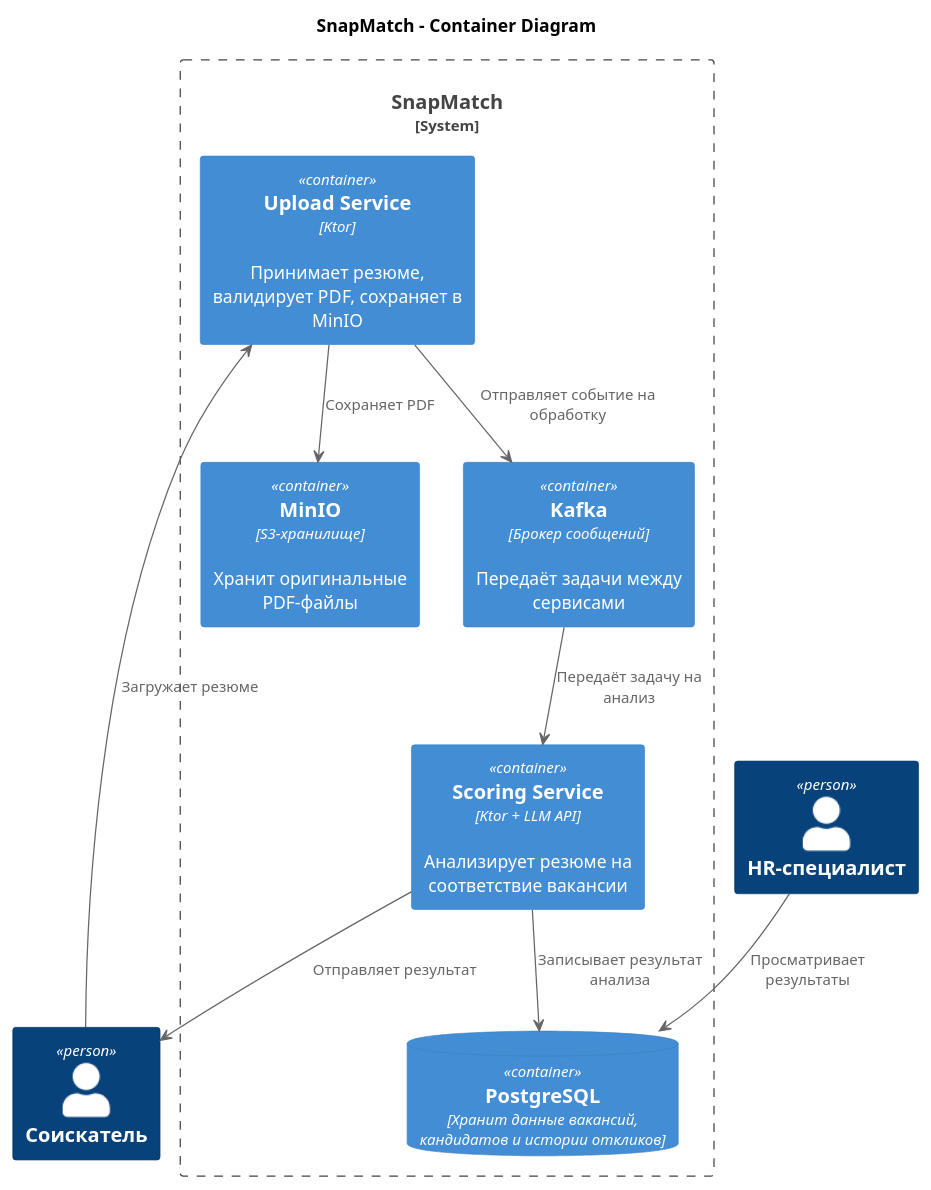
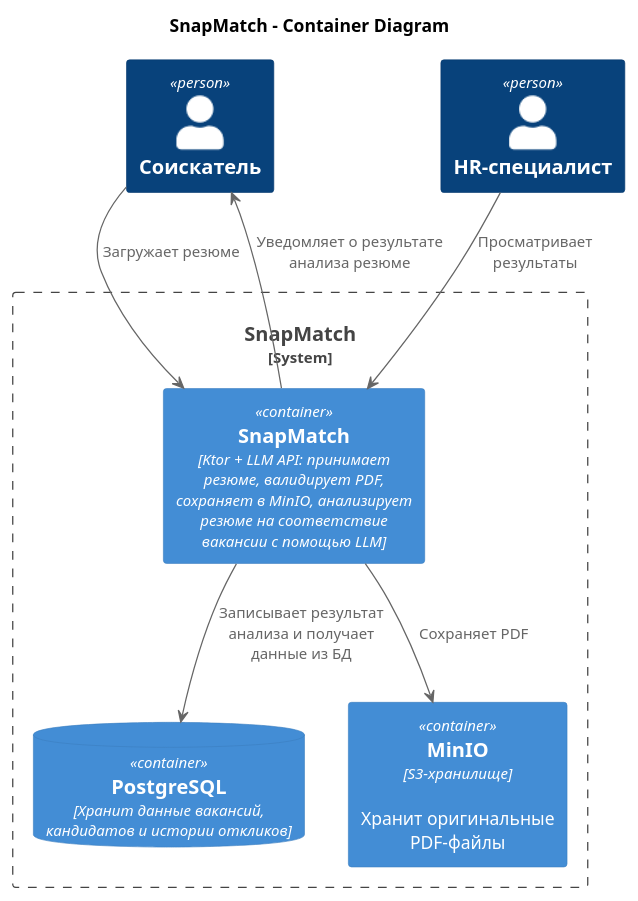
Before and after one commit to Mikhail-Z/otus-kotlin-05.25: the diagram in docs/03-architecture/arch-c4-container.puml, drawn with PlantUML. The commit also changed 61 other files, not shown here.

```diff
--- a/docs/03-architecture/arch-c4-container.puml
+++ b/docs/03-architecture/arch-c4-container.puml
@@ -1,25 +1,21 @@
 @startuml
 !include https://raw.githubusercontent.com/plantuml-stdlib/C4-PlantUML/master/C4_Container.puml
 
 title SnapMatch - Container Diagram
 
 Person(candidate, "Соискатель")
 Person(hr, "HR-специалист")
 
-System_Boundary(snapmatch, "SnapMatch") {
-    Container(upload, "Upload Service", "Ktor", "Принимает резюме, валидирует PDF, сохраняет в MinIO")
-    Container(scoring, "Scoring Service", "Ktor + LLM API", "Анализирует резюме на соответствие вакансии")
+System_Boundary(SnapMatch, "SnapMatch") {
+    Container(snapmatch, "SnapMatch", "Ktor + LLM API: принимает резюме, валидирует PDF, сохраняет в MinIO, анализирует резюме на соответствие вакансии c помощью LLM")
     ContainerDb(db, "PostgreSQL", "Хранит данные вакансий, кандидатов и истории откликов")
     Container(storage, "MinIO", "S3-хранилище", "Хранит оригинальные PDF-файлы")
-    Container(kafka, "Kafka", "Брокер сообщений", "Передаёт задачи между сервисами")
 }
 
-candidate --> upload : Загружает резюме
-upload --> storage : Сохраняет PDF
-upload --> kafka : Отправляет событие на обработку
-kafka --> scoring : Передаёт задачу на анализ
-scoring --> db : Записывает результат анализа
-hr --> db : Просматривает результаты
-scoring --> candidate : Отправляет результат
+candidate --> snapmatch : Загружает резюме
+snapmatch --> storage : Сохраняет PDF
+snapmatch --> db : Записывает результат анализа и получает данные из БД
+hr --> snapmatch : Просматривает результаты
+snapmatch --> candidate : Уведомляет о результате анализа резюме
 
 @enduml
```
